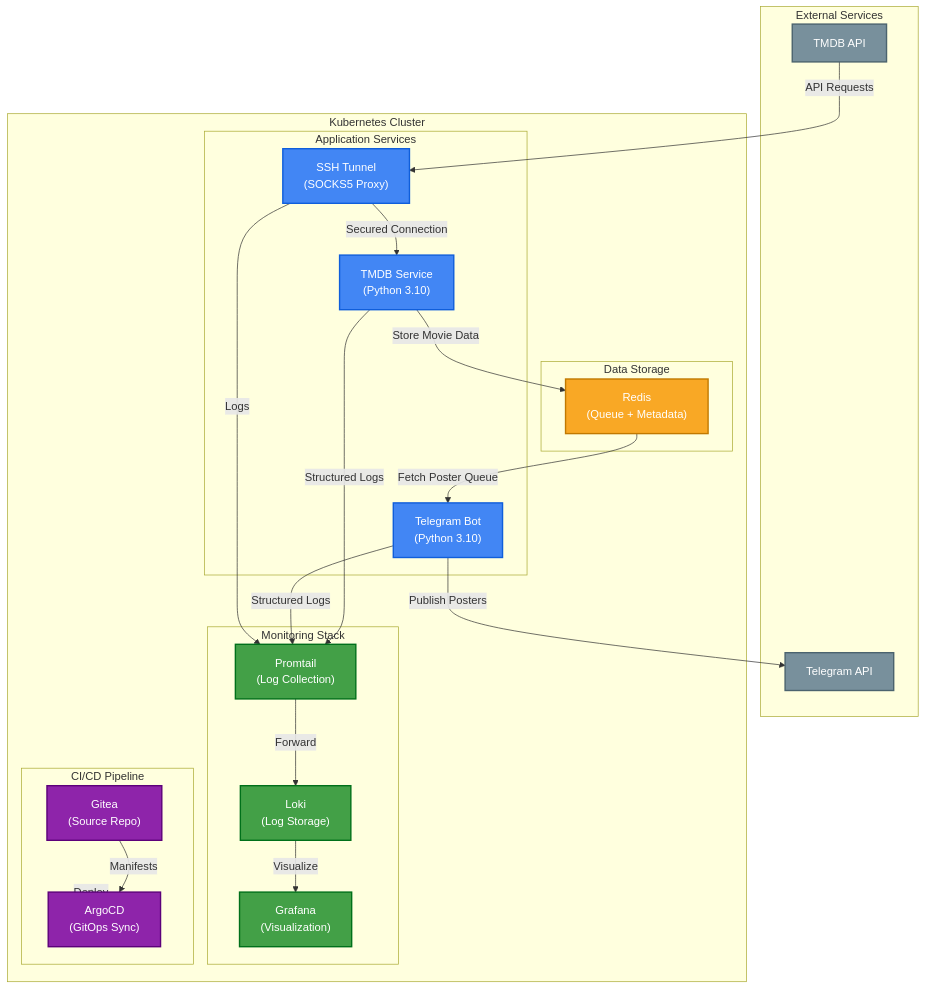
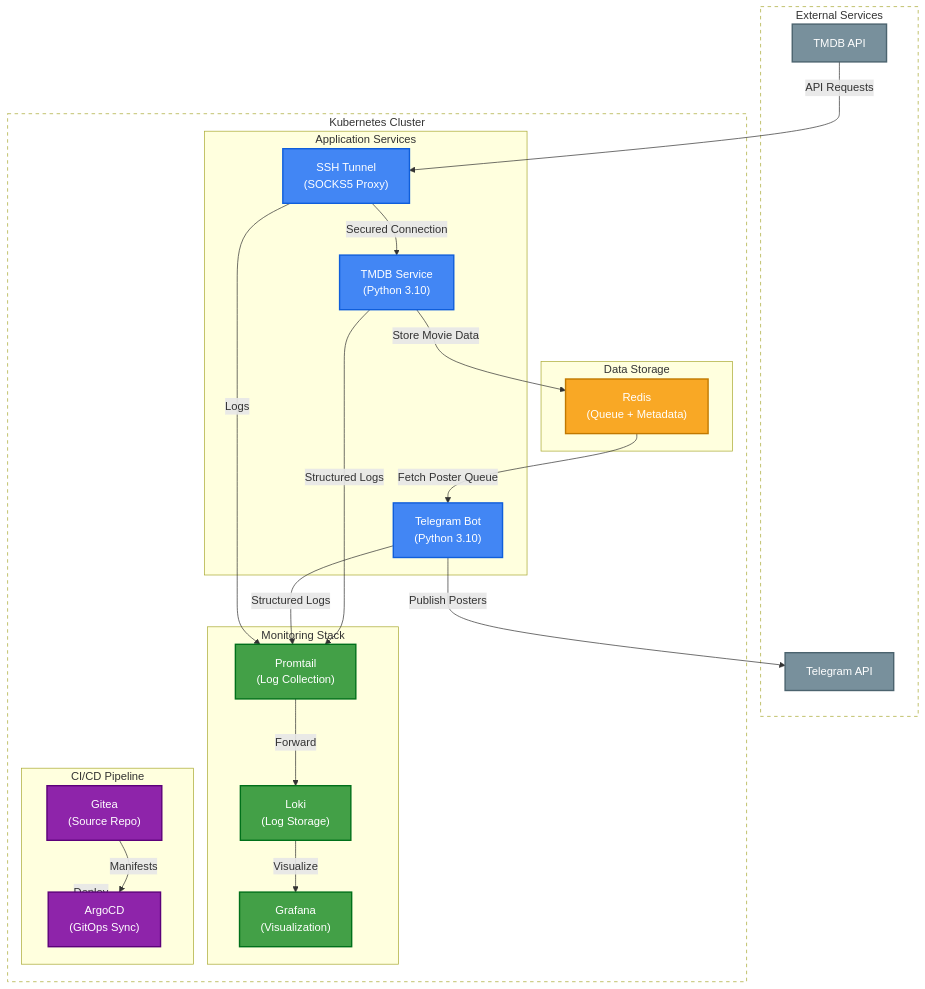
One commit to thisisspartan/micro_tg changed the diagram in README.md. Above: the diagram before and after it, drawn with Mermaid.

Commit message:
README added new mermaid

````diff
--- a/README.md
+++ b/README.md
@@ -31,60 +31,62 @@
 ```mermaid
 flowchart TD
     subgraph External ["External Services"]
         TMDB["TMDB API"]
         TG["Telegram API"]
+        style External fill:transparent,stroke-dasharray: 5 5
     end
 
     subgraph Infrastructure ["Kubernetes Cluster"]
+        style Infrastructure fill:transparent,stroke-dasharray: 5 5
         subgraph Services ["Application Services"]
             TMDB_SVC["TMDB Service\n(Python 3.10)"]
             TG_BOT["Telegram Bot\n(Python 3.10)"]
             SSH["SSH Tunnel\n(SOCKS5 Proxy)"]
         end
         
         subgraph Storage ["Data Storage"]
             REDIS["Redis\n(Queue + Metadata)"]
         end
         
         subgraph Observability ["Monitoring Stack"]
             PROMTAIL["Promtail\n(Log Collection)"]
             LOKI["Loki\n(Log Storage)"]
             GRAFANA["Grafana\n(Visualization)"]
         end
         
         subgraph CI_CD ["CI/CD Pipeline"]
             GITEA["Gitea\n(Source Repo)"]
             ARGOCD["ArgoCD\n(GitOps Sync)"]
         end
     end
     
     %% Data Flow Connections
     TMDB -->|API Requests| SSH
     SSH -->|Secured Connection| TMDB_SVC
     TMDB_SVC -->|Store Movie Data| REDIS
     REDIS -->|Fetch Poster Queue| TG_BOT
     TG_BOT -->|Publish Posters| TG
     
     %% Logging Flow
     TMDB_SVC -->|Structured Logs| PROMTAIL
     TG_BOT -->|Structured Logs| PROMTAIL
     SSH -->|Logs| PROMTAIL
     PROMTAIL -->|Forward| LOKI
     LOKI -->|Visualize| GRAFANA
     
     %% Deployment Flow
     GITEA -->|Manifests| ARGOCD
     ARGOCD -->|Deploy| Infrastructure
 
     classDef primary fill:#4286f4,stroke:#0f5edb,color:white,stroke-width:2px
     classDef storage fill:#f9a825,stroke:#c17900,color:white,stroke-width:2px
     classDef monitoring fill:#43a047,stroke:#00701a,color:white,stroke-width:2px
     classDef cicd fill:#8e24aa,stroke:#5c007a,color:white,stroke-width:2px
     classDef external fill:#78909c,stroke:#4b636e,color:white,stroke-width:2px
 
     class TMDB_SVC,TG_BOT,SSH primary
     class REDIS storage
     class PROMTAIL,LOKI,GRAFANA monitoring
     class GITEA,ARGOCD cicd
     class TMDB,TG external
 ```
````
